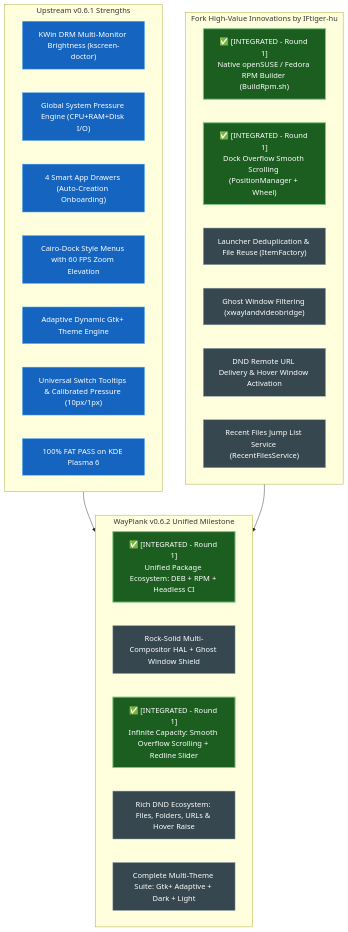
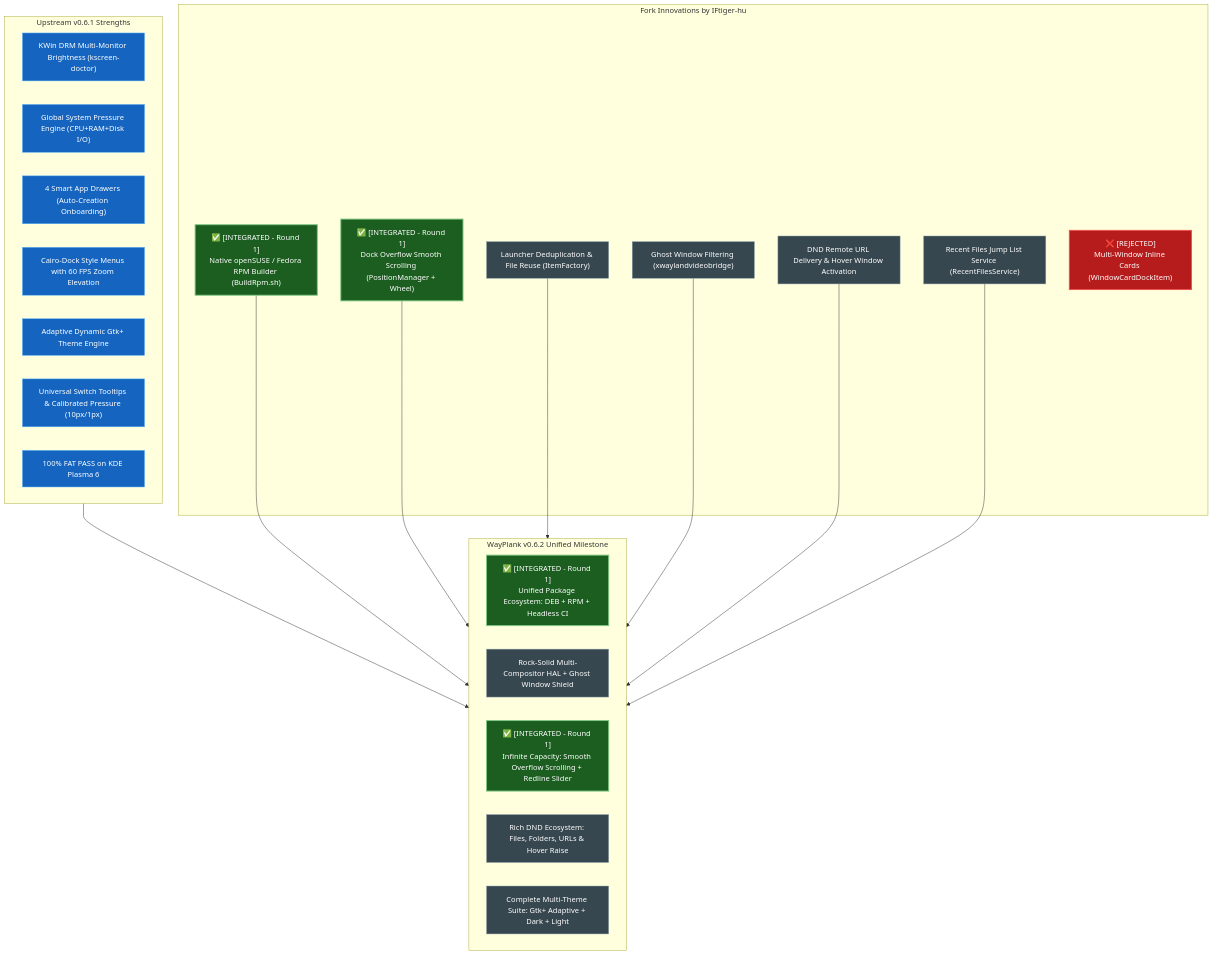
The diagram in Documentation/WAYPLANK_V062_FORK_INTEGRATION_ROADMAP.md (IFtiger-hu-hub/WayPlank), drawn with Mermaid before and after one commit. The commit also changed other lines of this file, not shown here.

First line of the commit message:
V0.6.2: Fork Integration Roadmap Update - Exclude Multi-Window Cards

````diff
--- a/Documentation/WAYPLANK_V062_FORK_INTEGRATION_ROADMAP.md
+++ b/Documentation/WAYPLANK_V062_FORK_INTEGRATION_ROADMAP.md
@@ -53,36 +53,43 @@
 ```mermaid
 flowchart TD
     classDef integrated fill:#1b5e20,stroke:#81c784,stroke-width:2px,color:#ffffff;
     classDef upstream fill:#1565c0,stroke:#64b5f6,stroke-width:1px,color:#ffffff;
     classDef pending fill:#37474f,stroke:#90a4ae,stroke-width:1px,color:#ffffff;
+    classDef rejected fill:#b71c1c,stroke:#ef5350,stroke-width:2px,color:#ffffff;
 
     subgraph Upstream_v061["Upstream v0.6.1 Strengths"]
         U1["KWin DRM Multi-Monitor Brightness (kscreen-doctor)"]:::upstream
         U2["Global System Pressure Engine (CPU+RAM+Disk I/O)"]:::upstream
         U3["4 Smart App Drawers (Auto-Creation Onboarding)"]:::upstream
         U4["Cairo-Dock Style Menus with 60 FPS Zoom Elevation"]:::upstream
         U5["Adaptive Dynamic Gtk+ Theme Engine"]:::upstream
         U6["Universal Switch Tooltips & Calibrated Pressure (10px/1px)"]:::upstream
         U7["100% FAT PASS on KDE Plasma 6"]:::upstream
     end
 
-    subgraph Fork_Features["Fork High-Value Innovations by IFtiger-hu"]
+    subgraph Fork_Features["Fork Innovations by IFtiger-hu"]
         F1["✅ [INTEGRATED - Round 1]<br/>Native openSUSE / Fedora RPM Builder (BuildRpm.sh)"]:::integrated
         F2["✅ [INTEGRATED - Round 1]<br/>Dock Overflow Smooth Scrolling (PositionManager + Wheel)"]:::integrated
         F3["Launcher Deduplication & File Reuse (ItemFactory)"]:::pending
         F4["Ghost Window Filtering (xwaylandvideobridge)"]:::pending
         F5["DND Remote URL Delivery & Hover Window Activation"]:::pending
         F6["Recent Files Jump List Service (RecentFilesService)"]:::pending
+        F7["❌ [REJECTED]<br/>Multi-Window Inline Cards (WindowCardDockItem)"]:::rejected
     end
 
     subgraph Unified_v062["WayPlank v0.6.2 Unified Milestone"]
         M1["✅ [INTEGRATED - Round 1]<br/>Unified Package Ecosystem: DEB + RPM + Headless CI"]:::integrated
         M2["Rock-Solid Multi-Compositor HAL + Ghost Window Shield"]:::pending
         M3["✅ [INTEGRATED - Round 1]<br/>Infinite Capacity: Smooth Overflow Scrolling + Redline Slider"]:::integrated
         M4["Rich DND Ecosystem: Files, Folders, URLs & Hover Raise"]:::pending
         M5["Complete Multi-Theme Suite: Gtk+ Adaptive + Dark + Light"]:::pending
     end
 
     Upstream_v061 --> Unified_v062
-    Fork_Features --> Unified_v062
+    F1 --> Unified_v062
+    F2 --> Unified_v062
+    F3 --> Unified_v062
+    F4 --> Unified_v062
+    F5 --> Unified_v062
+    F6 --> Unified_v062
 ```
````
